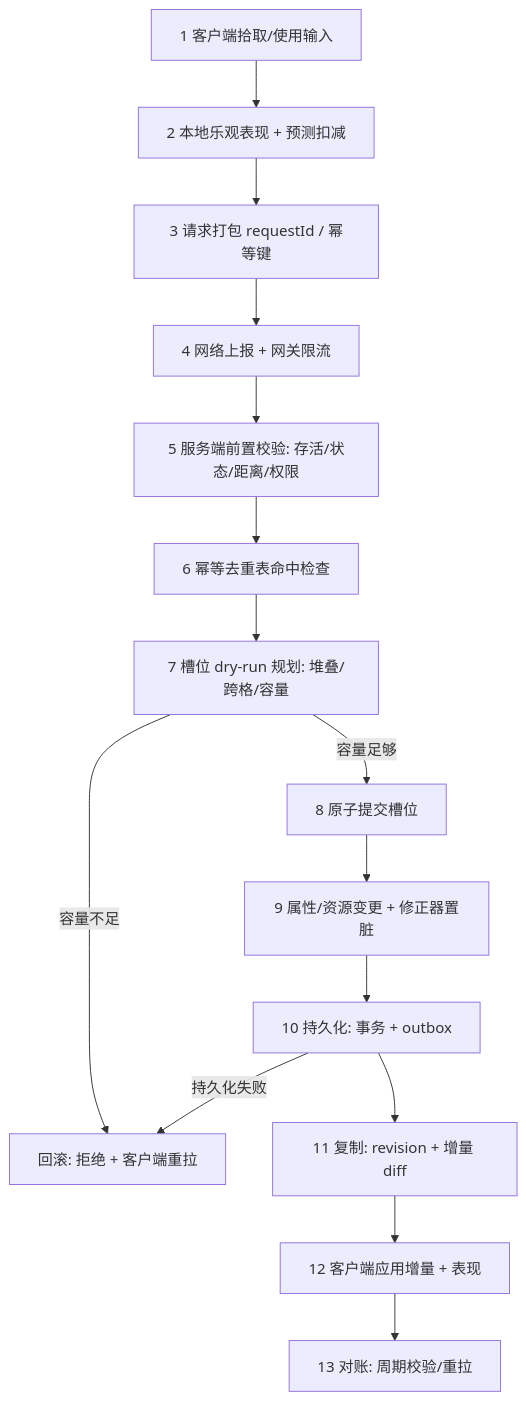
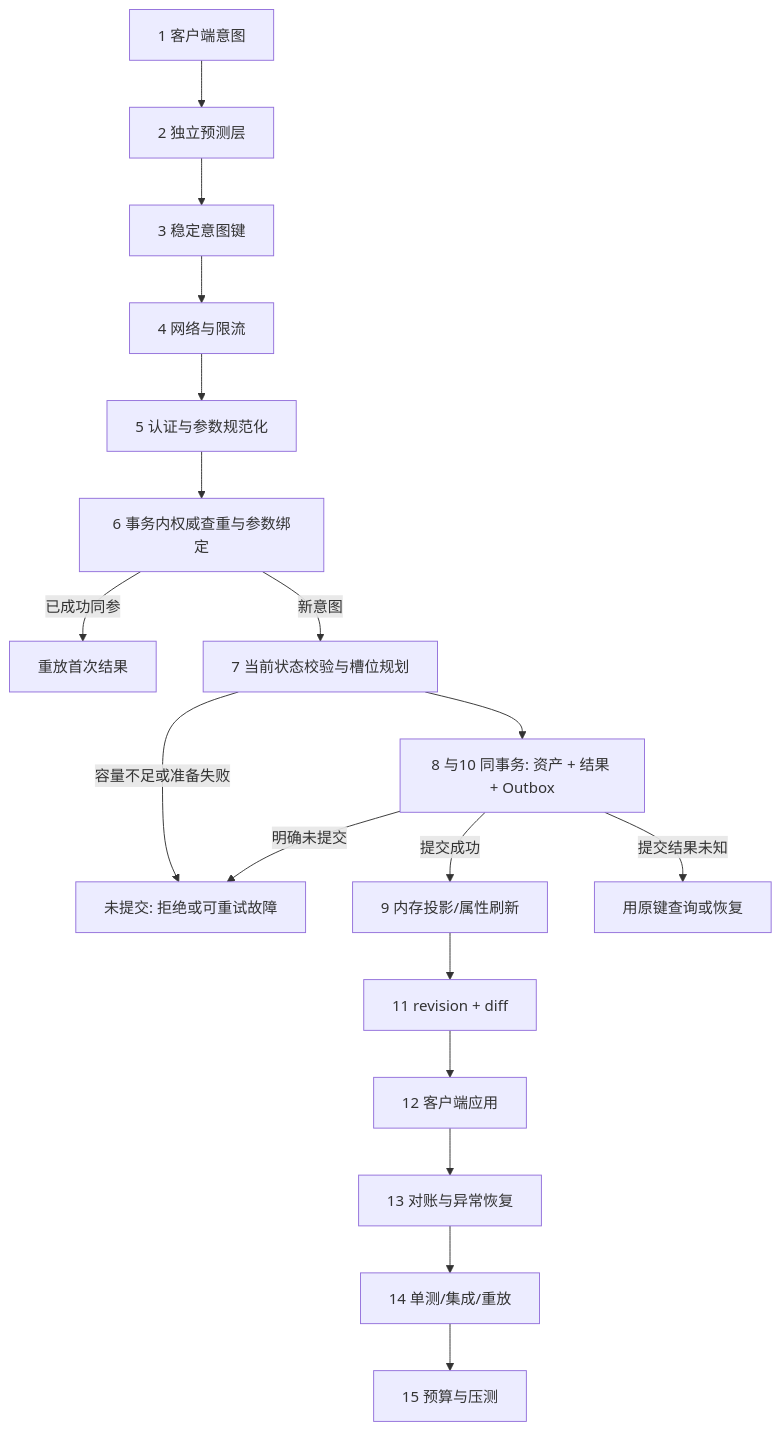
Before and after one commit to fantuan812/learning: the diagram in 知识/05-Gameplay与交互系统/背包装备与存档/05-背包道具完整链路.md, drawn with Mermaid. The commit also changed other lines of this file and 10 other files, not shown here.

````diff
--- a/知识/05-Gameplay与交互系统/背包装备与存档/05-背包道具完整链路.md
+++ b/知识/05-Gameplay与交互系统/背包装备与存档/05-背包道具完整链路.md
@@ -66,17 +73,17 @@
 ```mermaid
 flowchart TD
-    A[1 客户端拾取/使用输入] --> B[2 本地乐观表现 + 预测扣减]
-    B --> C[3 请求打包 requestId / 幂等键]
-    C --> D[4 网络上报 + 网关限流]
-    D --> E[5 服务端前置校验: 存活/状态/距离/权限]
-    E --> F[6 幂等去重表命中检查]
-    F --> G[7 槽位 dry-run 规划: 堆叠/跨格/容量]
-    G -->|容量不足| X[回滚: 拒绝 + 客户端重拉]
-    G -->|容量足够| H[8 原子提交槽位]
-    H --> I[9 属性/资源变更 + 修正器置脏]
-    I --> J[10 持久化: 事务 + outbox]
-    J --> K[11 复制: revision + 增量 diff]
-    K --> L[12 客户端应用增量 + 表现]
-    L --> M[13 对账: 周期校验/重拉]
-    J -->|持久化失败| X
+    A[1 客户端意图] --> B[2 独立预测层]
+    B --> C[3 稳定意图键] --> D[4 网络与限流]
+    D --> E[5 认证与参数规范化]
+    E --> F[6 事务内权威查重与参数绑定]
+    F -->|已成功同参| R[重放首次结果]
+    F -->|新意图| G[7 当前状态校验与槽位规划]
+    G -->|容量不足或准备失败| X[未提交: 拒绝或可重试故障]
+    G --> H[8 与10 同事务: 资产 + 结果 + Outbox]
+    H -->|提交成功| I[9 内存投影/属性刷新]
+    H -->|明确未提交| X
+    H -->|提交结果未知| Q[用原键查询或恢复]
+    I --> K[11 revision + diff] --> L[12 客户端应用]
+    L --> M[13 对账与异常恢复]
+    M --> T[14 单测/集成/重放] --> P[15 预算与压测]
 ```
````
